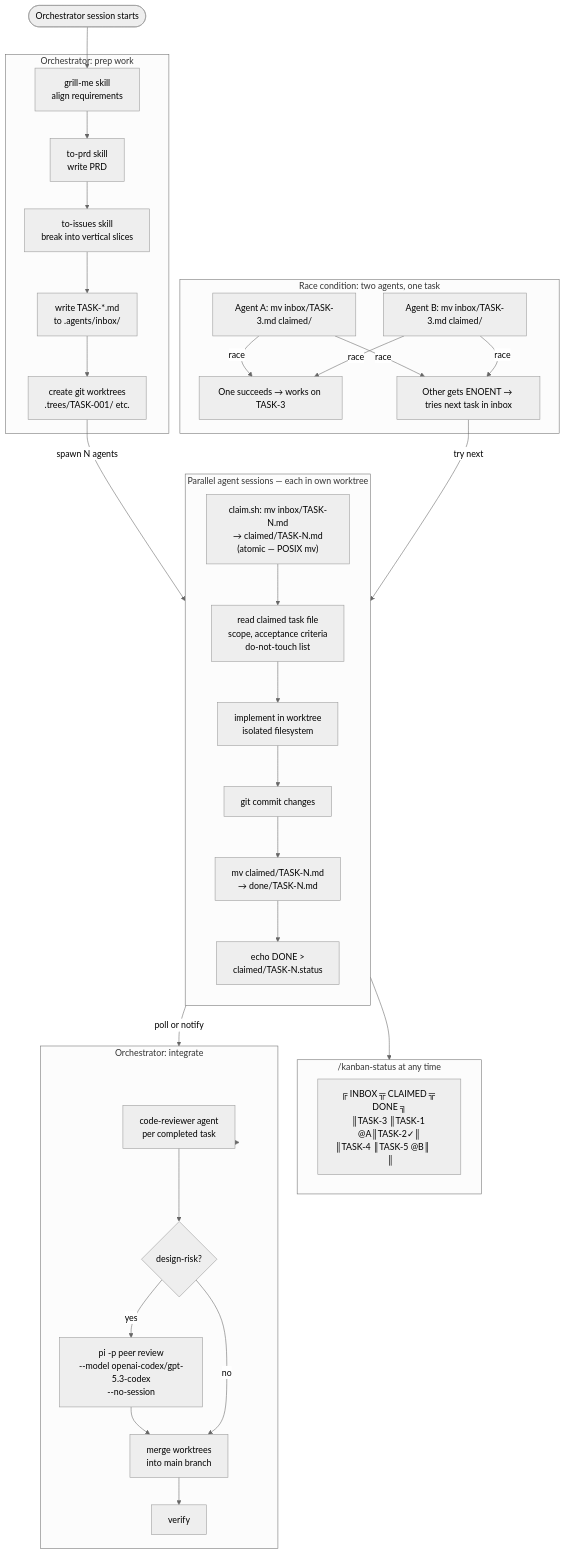
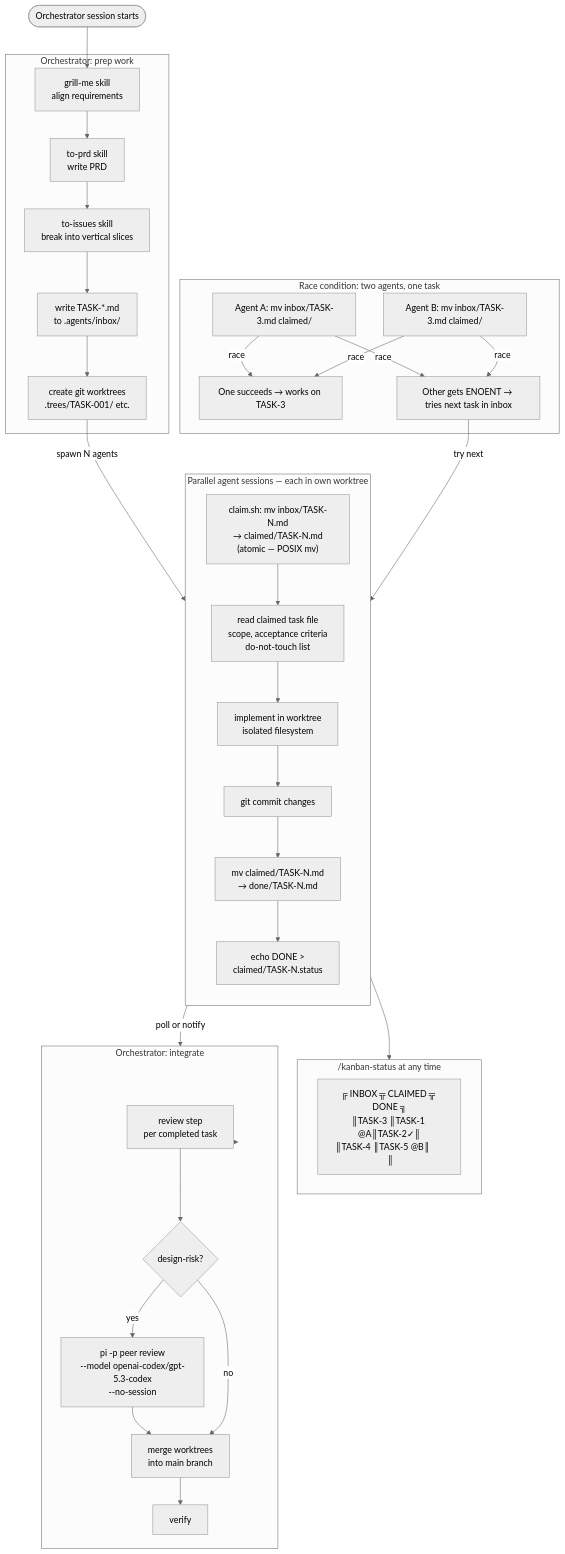
One commit to vietbui1999ru/llm-wiki changed the first of 3 diagrams in docs-site/guides/workflows.mdx. Above: the diagram before and after it, drawn with Mermaid (neutral theme). The commit also changed other lines of this file and 125 other files, not shown here.

````diff
--- a/docs-site/guides/workflows.mdx
+++ b/docs-site/guides/workflows.mdx
@@ -9,56 +9,56 @@
 ```mermaid
 flowchart TD
     START([Orchestrator session starts])
 
     subgraph SETUP["Orchestrator: prep work"]
         GRILL["grill-me skill<br>align requirements"]
         PRD["to-prd skill<br>write PRD"]
         ISSUES["to-issues skill<br>break into vertical slices"]
         INBOX_WRITE["write TASK-*.md<br>to .agents/inbox/"]
         WORKTREES["create git worktrees<br>.trees/TASK-001/ etc."]
     end
 
     subgraph AGENTS["Parallel agent sessions — each in own worktree"]
         direction TB
         CLAIM["claim.sh: mv inbox/TASK-N.md<br>→ claimed/TASK-N.md<br>(atomic — POSIX mv)"]
         READ_TASK["read claimed task file<br>scope, acceptance criteria<br>do-not-touch list"]
         IMPL["implement in worktree<br>isolated filesystem"]
         COMMIT[git commit changes]
         MOVE_DONE["mv claimed/TASK-N.md<br>→ done/TASK-N.md"]
         STATUS["echo DONE ><br>claimed/TASK-N.status"]
     end
 
     subgraph RACE["Race condition: two agents, one task"]
         AG1["Agent A: mv inbox/TASK-3.md claimed/"]
         AG2["Agent B: mv inbox/TASK-3.md claimed/"]
         WIN["One succeeds → works on TASK-3"]
         LOSE["Other gets ENOENT → tries next task in inbox"]
     end
 
     subgraph KANBAN["/kanban-status at any time"]
         BOARD["╔ INBOX ╦ CLAIMED ╦ DONE ╗<br>║TASK-3 ║TASK-1 @A║TASK-2✓║<br>║TASK-4 ║TASK-5 @B║       ║"]
     end
 
     subgraph MERGE["Orchestrator: integrate"]
-        REVIEW["code-reviewer agent<br>per completed task"]
+        REVIEW["review step<br>per completed task"]
         COUNCIL_GATE{"design-risk?"}
         COUNCIL_RUN["pi -p peer review<br>--model openai-codex/gpt-5.3-codex<br>--no-session"]
         MERGE_WT["merge worktrees<br>into main branch"]
         VERIFY["verify"]
     end
 
     START --> GRILL --> PRD --> ISSUES --> INBOX_WRITE --> WORKTREES
     WORKTREES -->|spawn N agents| CLAIM
 
     CLAIM --> READ_TASK --> IMPL --> COMMIT --> MOVE_DONE --> STATUS
 
     AG1 & AG2 -->|race| WIN & LOSE
     LOSE -->|try next| CLAIM
 
     STATUS -->|poll or notify| MERGE
     MOVE_DONE --> KANBAN
 
     MERGE --> REVIEW --> COUNCIL_GATE
     COUNCIL_GATE -->|yes| COUNCIL_RUN --> MERGE_WT
     COUNCIL_GATE -->|no| MERGE_WT --> VERIFY
 ```
````
